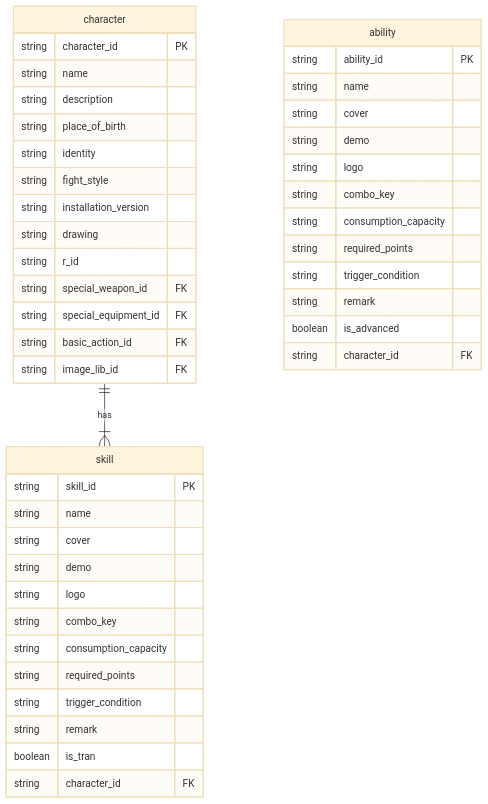
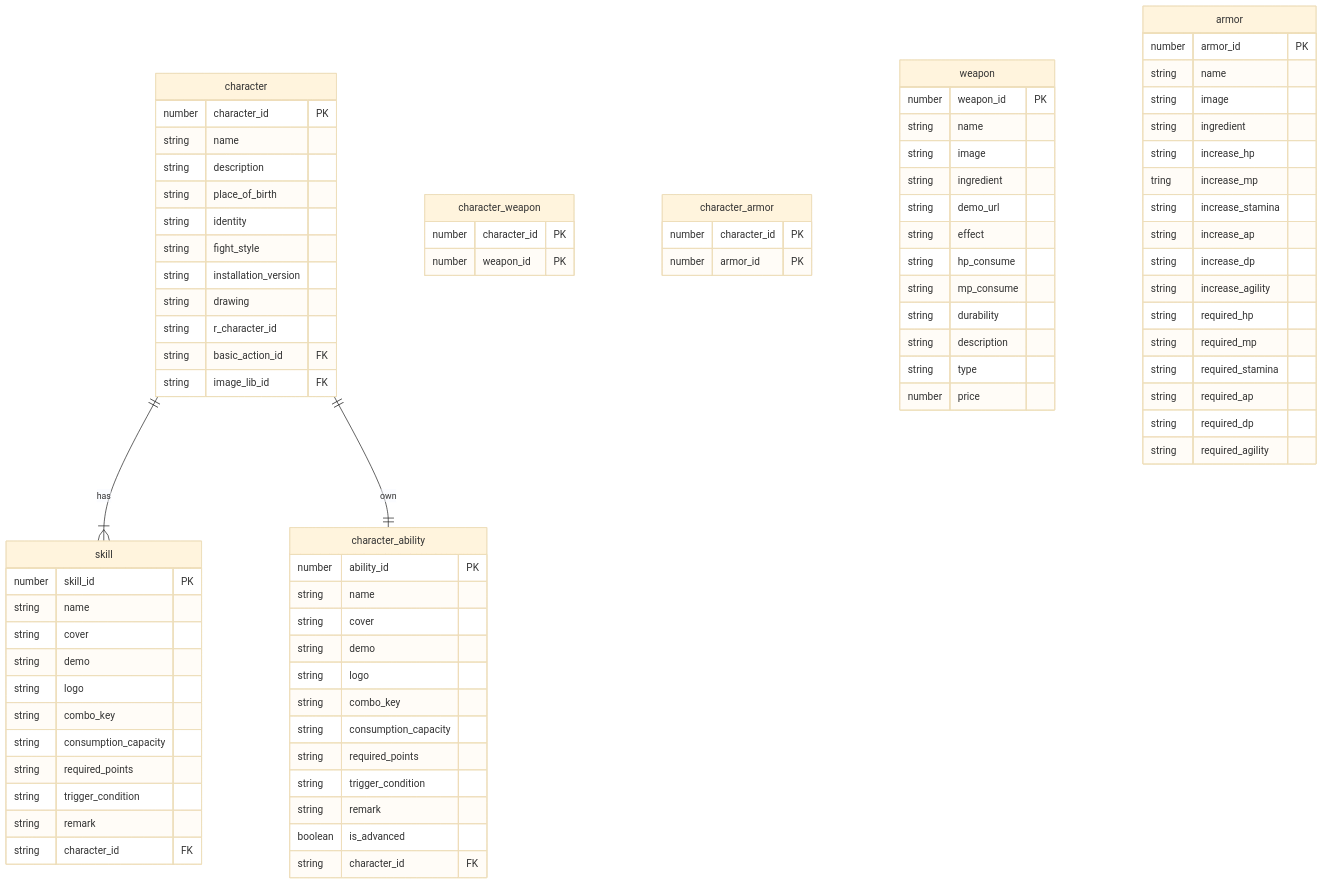
The diagram in database-schema/character.mmd (sinhong2011/lfo-museum-revamp), drawn with Mermaid (base theme) before and after one commit. The commit also changed 3 other files, not shown here.

```diff
--- a/database-schema/character.mmd
+++ b/database-schema/character.mmd
@@ -1,48 +1,90 @@
 erDiagram
   character {
-    string character_id PK
+    number character_id PK
     string name
     string description
     string place_of_birth
     string identity
     string fight_style
     string installation_version
     string drawing
-    string r_id
-    string special_weapon_id FK
-    string special_equipment_id FK
+    string r_character_id
     string basic_action_id FK
     string image_lib_id FK
   }
 
+  character_weapon {
+    number character_id PK
+    number weapon_id PK
+  }
+
+  character_armor {
+    number character_id PK
+    number armor_id PK
+  }
+
   skill {
-    string skill_id PK
+    number skill_id PK
     string name
     string cover
     string demo
     string logo
     string combo_key
     string consumption_capacity
     string required_points
     string trigger_condition
     string remark
-    boolean is_tran
     string character_id FK
   }
 
-  ability {
-    string ability_id PK
+  character_ability {
+    number ability_id PK
     string name
     string cover
     string demo
     string logo
     string combo_key
     string consumption_capacity
     string required_points
     string trigger_condition
     string remark
     boolean is_advanced
     string character_id FK
   }
 
+  weapon {
+    number weapon_id PK
+    string name
+    string image
+    string ingredient 
+    string demo_url
+    string effect
+    string hp_consume
+    string mp_consume
+    string durability
+    string description
+    string type
+    number price
+  }
+
+  armor {
+    number armor_id PK
+    string name
+    string image
+    string ingredient
+    string increase_hp
+    tring increase_mp
+    string increase_stamina
+    string increase_ap
+    string increase_dp
+    string increase_agility
+    string required_hp
+    string required_mp
+    string required_stamina
+    string required_ap
+    string required_dp
+    string required_agility
+  }
+
   character ||--|{ skill : has
+  character ||--|| character_ability : own
```
